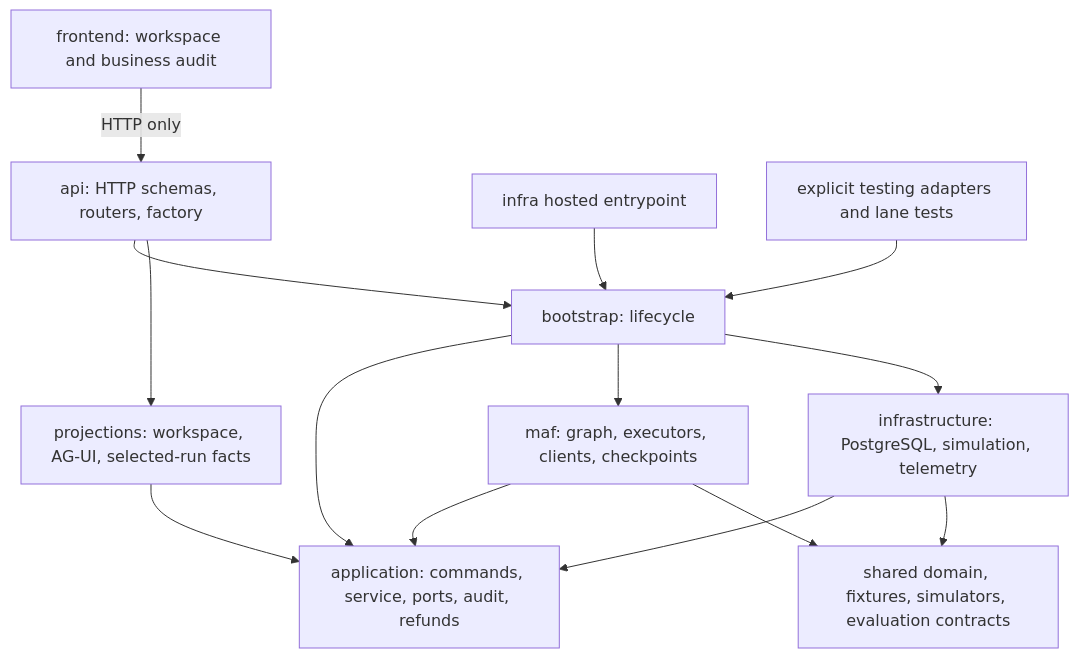
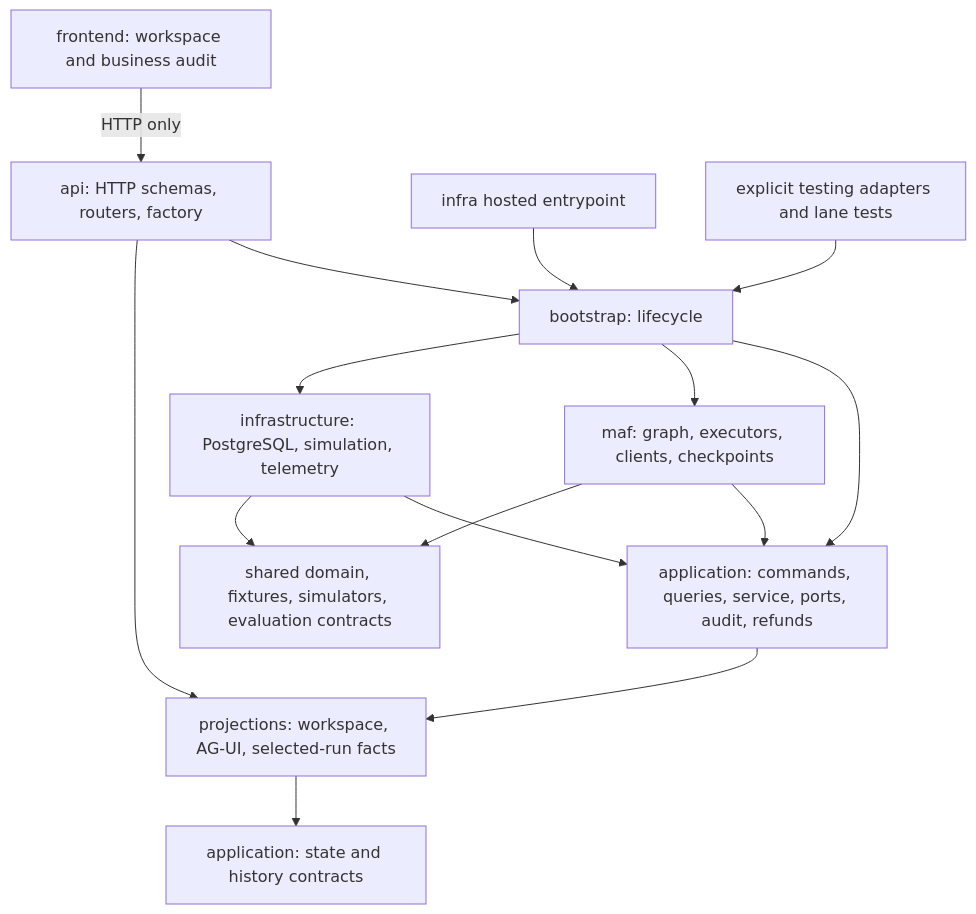
Before and after one commit to ppenumatsa1/model-to-harness: the third of 4 diagrams in agent-framework/double-charge/maf/docs/design/architecture.md, drawn with Mermaid. The commit also changed other lines of this file and 24 other files, not shown here.

First line of the commit message:
refactor(maf): route business queries through application service

````diff
--- a/agent-framework/double-charge/maf/docs/design/architecture.md
+++ b/agent-framework/double-charge/maf/docs/design/architecture.md
@@ -129,16 +147,17 @@
 ```mermaid
 flowchart TD
     API[api: HTTP schemas, routers, factory] --> Bootstrap[bootstrap: lifecycle]
     Hosted[infra hosted entrypoint] --> Bootstrap
-    Bootstrap --> Application[application: commands, service, ports, audit, refunds]
+    Bootstrap --> Application[application: commands, queries, service, ports, audit, refunds]
     Bootstrap --> Native[maf: graph, executors, clients, checkpoints]
     Bootstrap --> Adapters[infrastructure: PostgreSQL, simulation, telemetry]
     Native --> Application
     Adapters --> Application
     Adapters --> Shared[shared domain, fixtures, simulators, evaluation contracts]
     Native --> Shared
     API --> Views[projections: workspace, AG-UI, selected-run facts]
-    Views --> Application
+    Application --> Views
+    Views --> Contracts[application: state and history contracts]
     Frontend[frontend: workspace and business audit] -->|HTTP only| API
     Tests[explicit testing adapters and lane tests] --> Bootstrap
 ```
````
